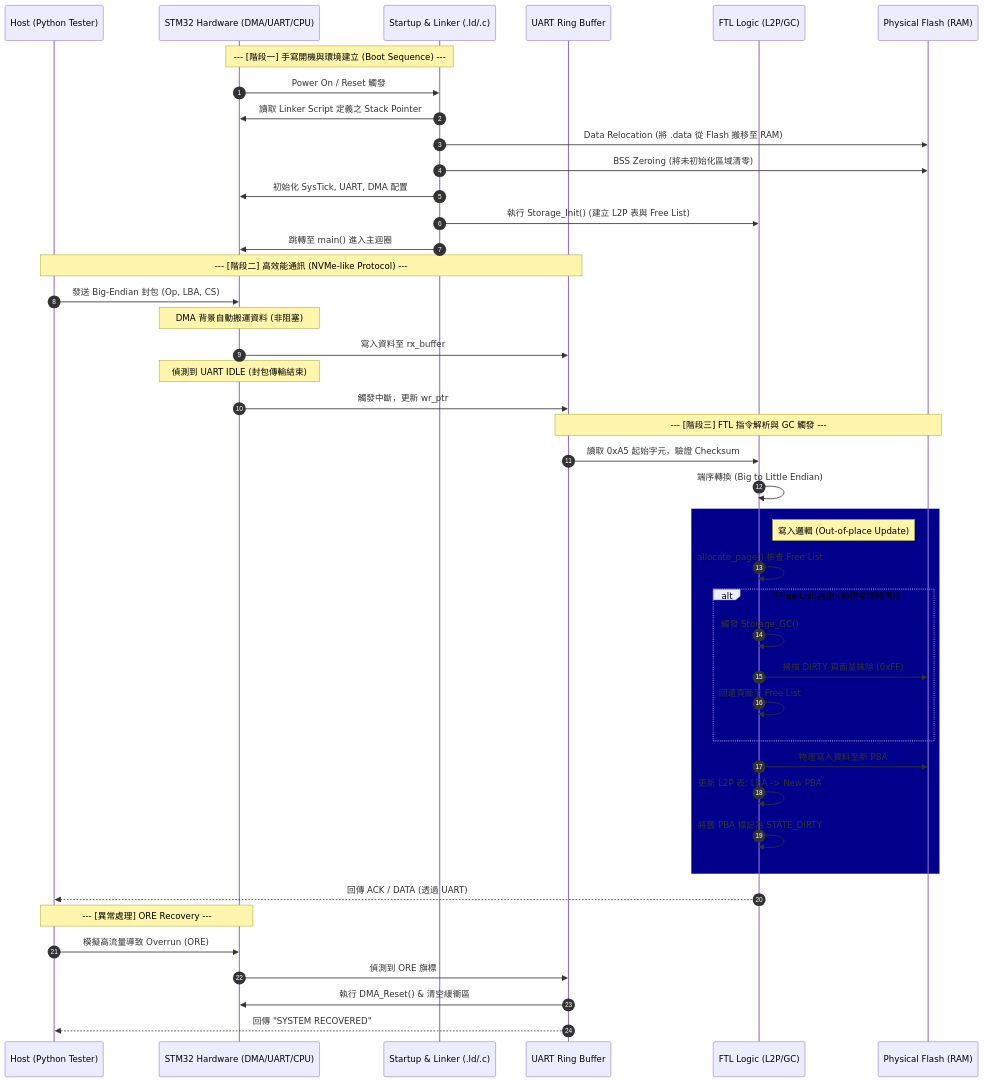
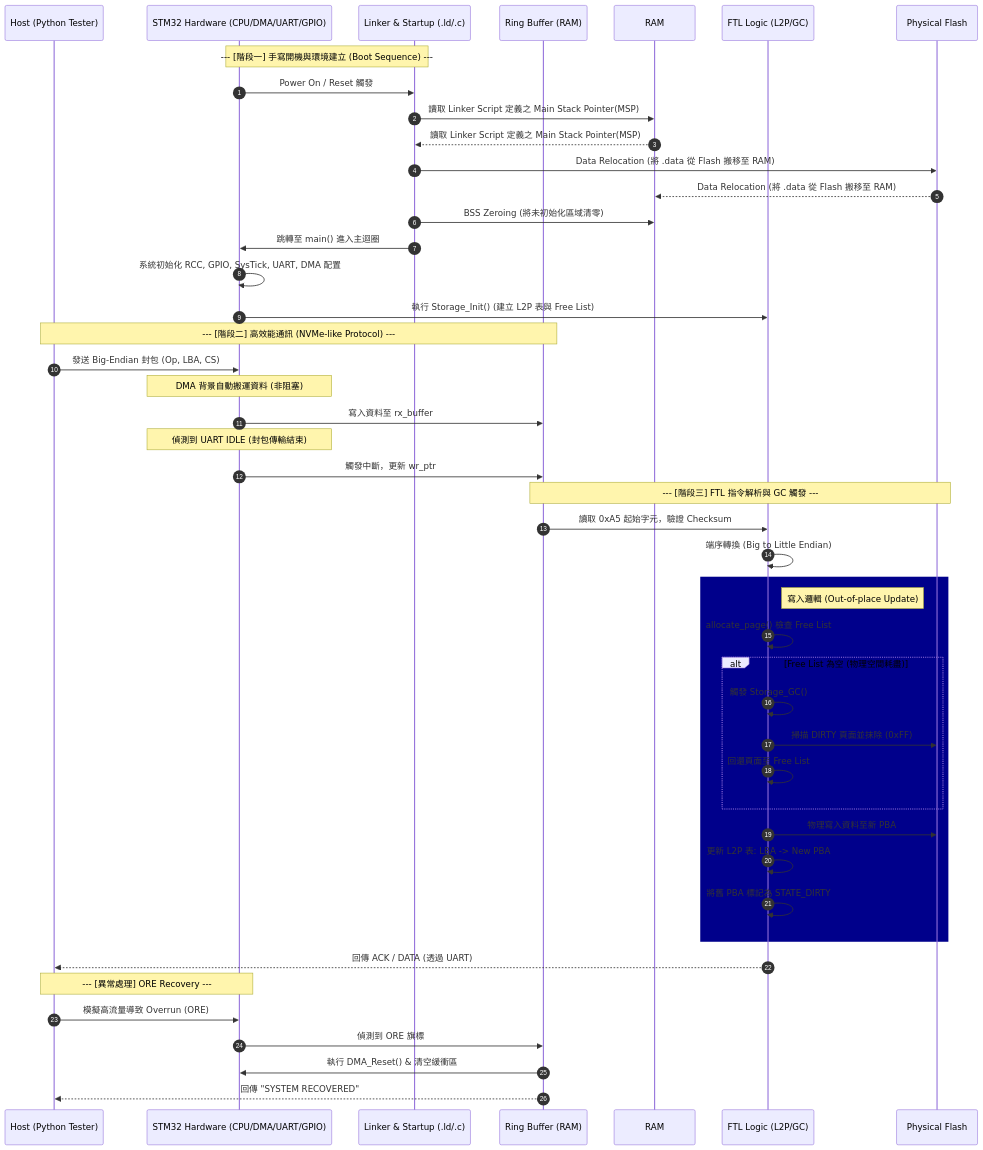
The first of 4 diagrams in README_FILE/Mermaid_Diagram/Bare-metal_STM32_Project_System.md (PlusRon/Firmware-STM32-SSD-Emulator), drawn with Mermaid before and after one commit.

````diff
--- a/README_FILE/Mermaid_Diagram/Bare-metal_STM32_Project_System.md
+++ b/README_FILE/Mermaid_Diagram/Bare-metal_STM32_Project_System.md
@@ -4,55 +4,60 @@
 ```mermaid
 sequenceDiagram
     autonumber
     
     participant PC as Host (Python Tester)
-    participant HW as STM32 Hardware (DMA/UART/CPU)
-    participant Startup as Startup & Linker (.ld/.c)
-    participant Buffer as UART Ring Buffer
+    participant HW as STM32 Hardware (CPU/DMA/UART/GPIO)
+    participant Startup as  Linker & Startup (.ld/.c)
+    participant Buffer as Ring Buffer (RAM)
+    participant Ram as RAM
     participant FTL as FTL Logic (L2P/GC)
-    participant Storage as Physical Flash (RAM)
+    participant Storage as Physical Flash
 
     Note over HW, Startup: --- [階段一] 手寫開機與環境建立 (Boot Sequence) ---
     
     HW->>Startup: Power On / Reset 觸發
-    Startup->>HW: 讀取 Linker Script 定義之 Stack Pointer
+    Startup->>Ram: 讀取 Linker Script 定義之 Main Stack Pointer(MSP)
+    Ram-->>Startup: 讀取 Linker Script 定義之 Main Stack Pointer(MSP)
     Startup->>Storage: Data Relocation (將 .data 從 Flash 搬移至 RAM)
-    Startup->>Storage: BSS Zeroing (將未初始化區域清零)
-    Startup->>HW: 初始化 SysTick, UART, DMA 配置
-    Startup->>FTL: 執行 Storage_Init() (建立 L2P 表與 Free List)
+    Storage-->>Ram: Data Relocation (將 .data 從 Flash 搬移至 RAM)
+    Startup->>Ram: BSS Zeroing (將未初始化區域清零)
+
     Startup->>HW: 跳轉至 main() 進入主迴圈
+    HW->>HW: 系統初始化 RCC, GPIO, SysTick, UART, DMA 配置
+    HW->>FTL: 執行 Storage_Init() (建立 L2P 表與 Free List)
+    
 
     Note over PC, Buffer: --- [階段二] 高效能通訊 (NVMe-like Protocol) ---
 
     PC->>HW: 發送 Big-Endian 封包 (Op, LBA, CS)
     Note over HW: DMA 背景自動搬運資料 (非阻塞)
     HW->>Buffer: 寫入資料至 rx_buffer
     Note over HW: 偵測到 UART IDLE (封包傳輸結束)
     HW->>Buffer: 觸發中斷，更新 wr_ptr
 
     Note over Buffer, Storage: --- [階段三] FTL 指令解析與 GC 觸發 ---
 
     Buffer->>FTL: 讀取 0xA5 起始字元，驗證 Checksum
     FTL->>FTL: 端序轉換 (Big to Little Endian)
     
     rect rgb(0, 0, 139)
         Note right of FTL: 寫入邏輯 (Out-of-place Update)
         FTL->>FTL: allocate_page() 檢查 Free List
         alt Free List 為空 (物理空間耗盡)
             FTL->>FTL: 觸發 Storage_GC()
             FTL->>Storage: 掃描 DIRTY 頁面並抹除 (0xFF)
             FTL->>FTL: 回還頁面至 Free List
         end
         FTL->>Storage: 物理寫入資料至新 PBA
         FTL->>FTL: 更新 L2P 表: LBA -> New PBA
         FTL->>FTL: 將舊 PBA 標記為 STATE_DIRTY
     end
 
     FTL-->>PC: 回傳 ACK / DATA (透過 UART)
     
     Note over PC, HW: --- [異常處理] ORE Recovery ---
     PC->>HW: 模擬高流量導致 Overrun (ORE)
     HW->>Buffer: 偵測到 ORE 旗標
     Buffer->>HW: 執行 DMA_Reset() & 清空緩衝區
     Buffer-->>PC: 回傳 "SYSTEM RECOVERED"
 ```
````
